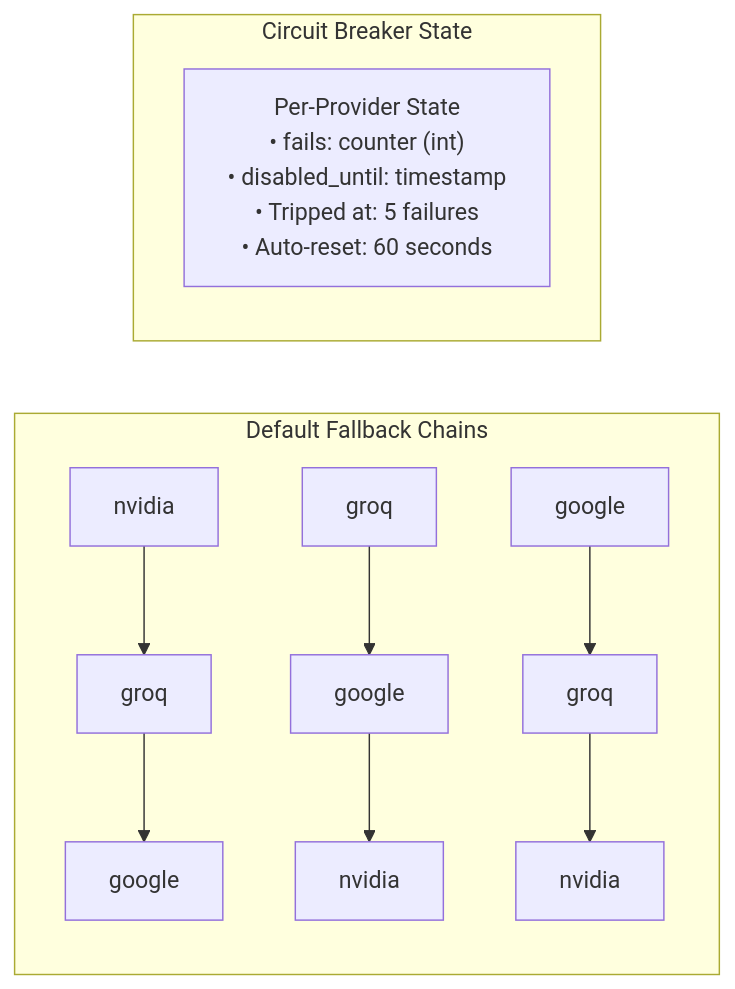
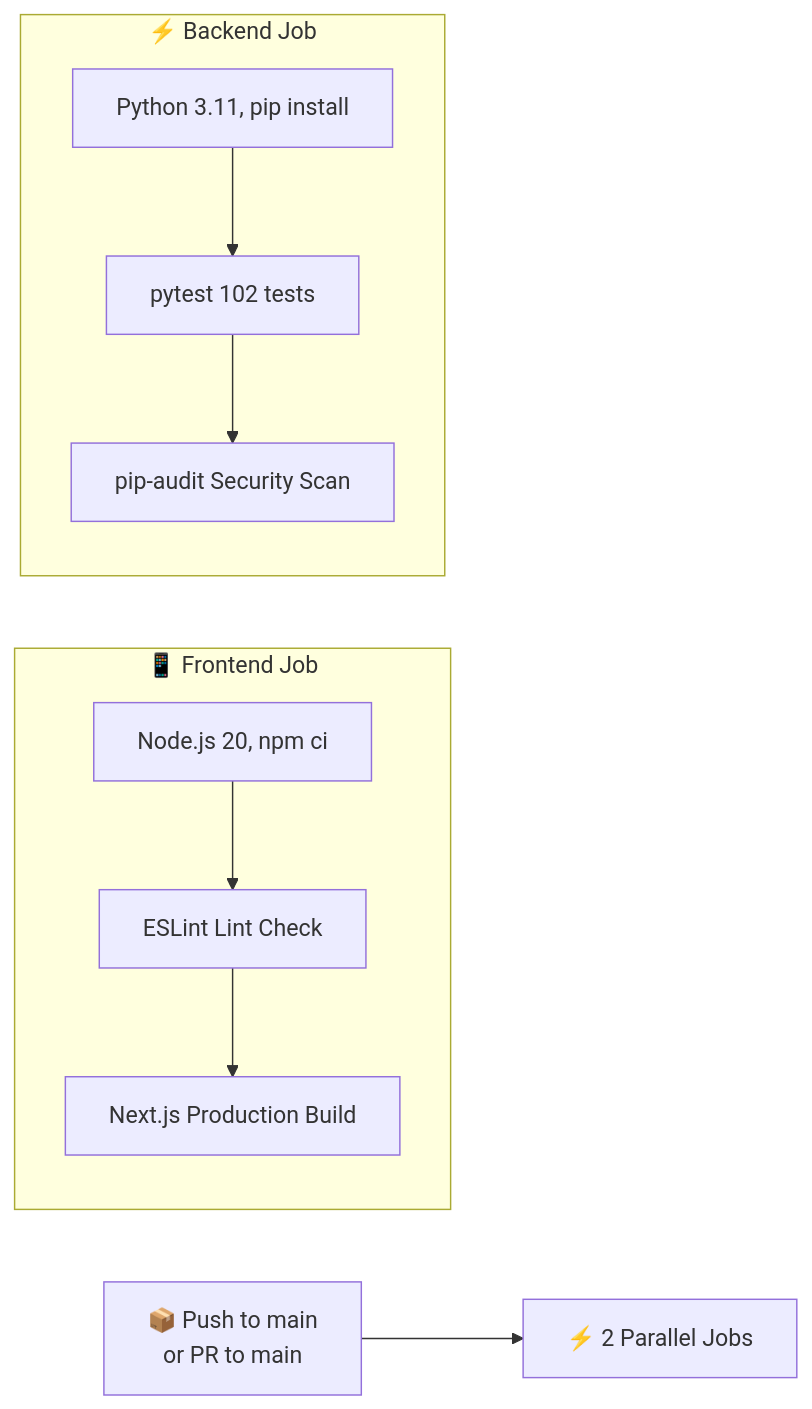
The second of 3 diagrams in README.md (Anil-Pradhan-web/ai-career-mentor), drawn with Mermaid before and after one commit. The commit also changed other lines of this file, not shown here.

````diff
--- a/README.md
+++ b/README.md
@@ -768,12 +292,21 @@
 ```mermaid
-graph LR
-    subgraph "Default Fallback Chains"
-        N["nvidia"] --> N_G["groq"] --> N_GO["google"]
-        G["groq"] --> G_GO["google"] --> G_N["nvidia"]
-        GO["google"] --> GO_G["groq"] --> GO_N["nvidia"]
+flowchart LR
+    TRIGGER["📦 Push to main<br/>or PR to main"]
+    
+    TRIGGER --> PARALLEL["⚡ 2 Parallel Jobs"]
+    
+    subgraph "📱 Frontend Job"
+        F1["Node.js 20, npm ci"]
+        F1 --> F2["ESLint Lint Check"]
+        F2 --> F3["Next.js Production Build"]
     end
     
-    subgraph "Circuit Breaker State"
-        CB["Per-Provider State<br/>• fails: counter (int)<br/>• disabled_until: timestamp<br/>• Tripped at: 5 failures<br/>• Auto-reset: 60 seconds"]
+    subgraph "⚡ Backend Job"
+        B1["Python 3.11, pip install"]
+        B1 --> B2["pytest 102 tests"]
+        B2 --> B3["pip-audit Security Scan"]
     end
+
+    class F3 result
+    class B3 result
 ```
````
